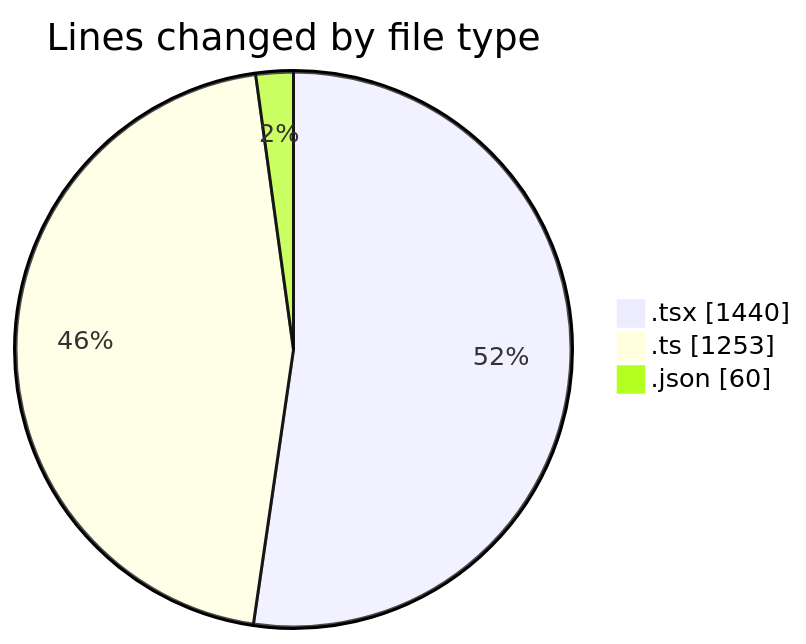
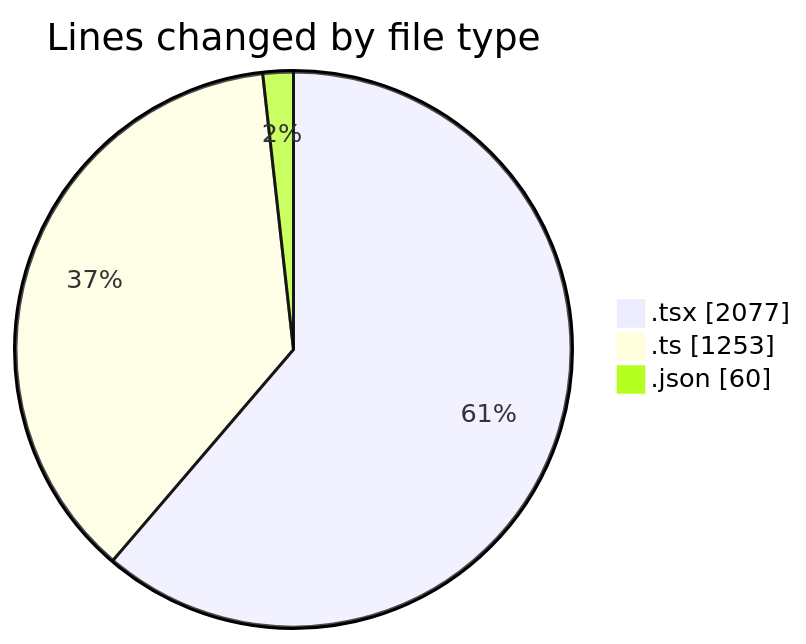
The first of 2 diagrams in 2026-04-20/airfeed-analytics-dashboard/README.md (nxtqubesakshisongat/code-tracking), drawn with Mermaid before and after one commit. The commit also changed other lines of this file and 1 other file, not shown here.

````diff
--- a/2026-04-20/airfeed-analytics-dashboard/README.md
+++ b/2026-04-20/airfeed-analytics-dashboard/README.md
@@ -32,7 +34,7 @@
 ```mermaid
 pie showData
 title Lines changed by file type
-".tsx" : 1440
+".tsx" : 2077
 ".ts" : 1253
 ".json" : 60
 ```
````
